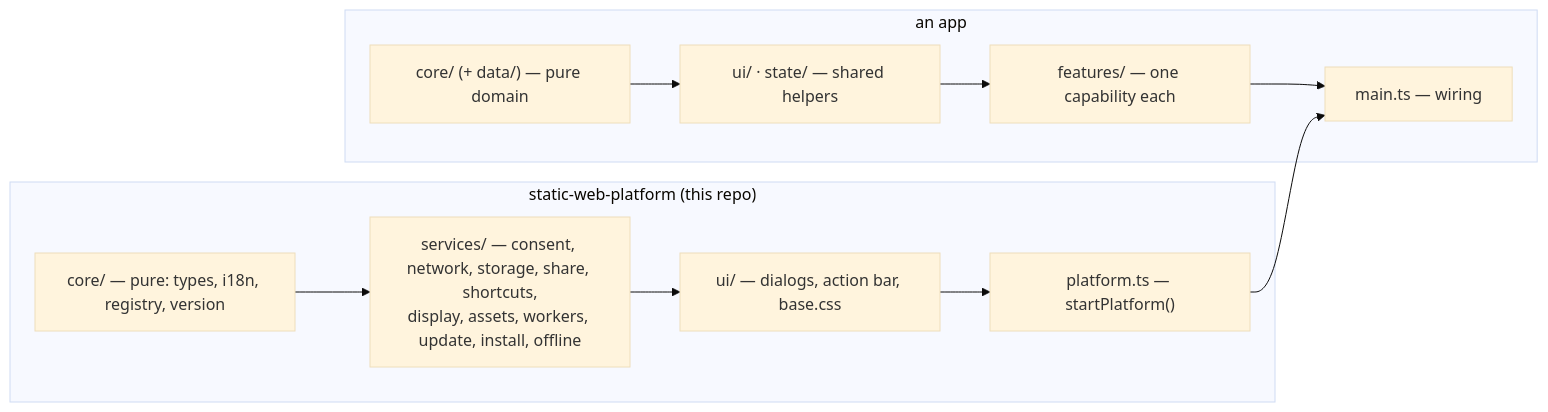
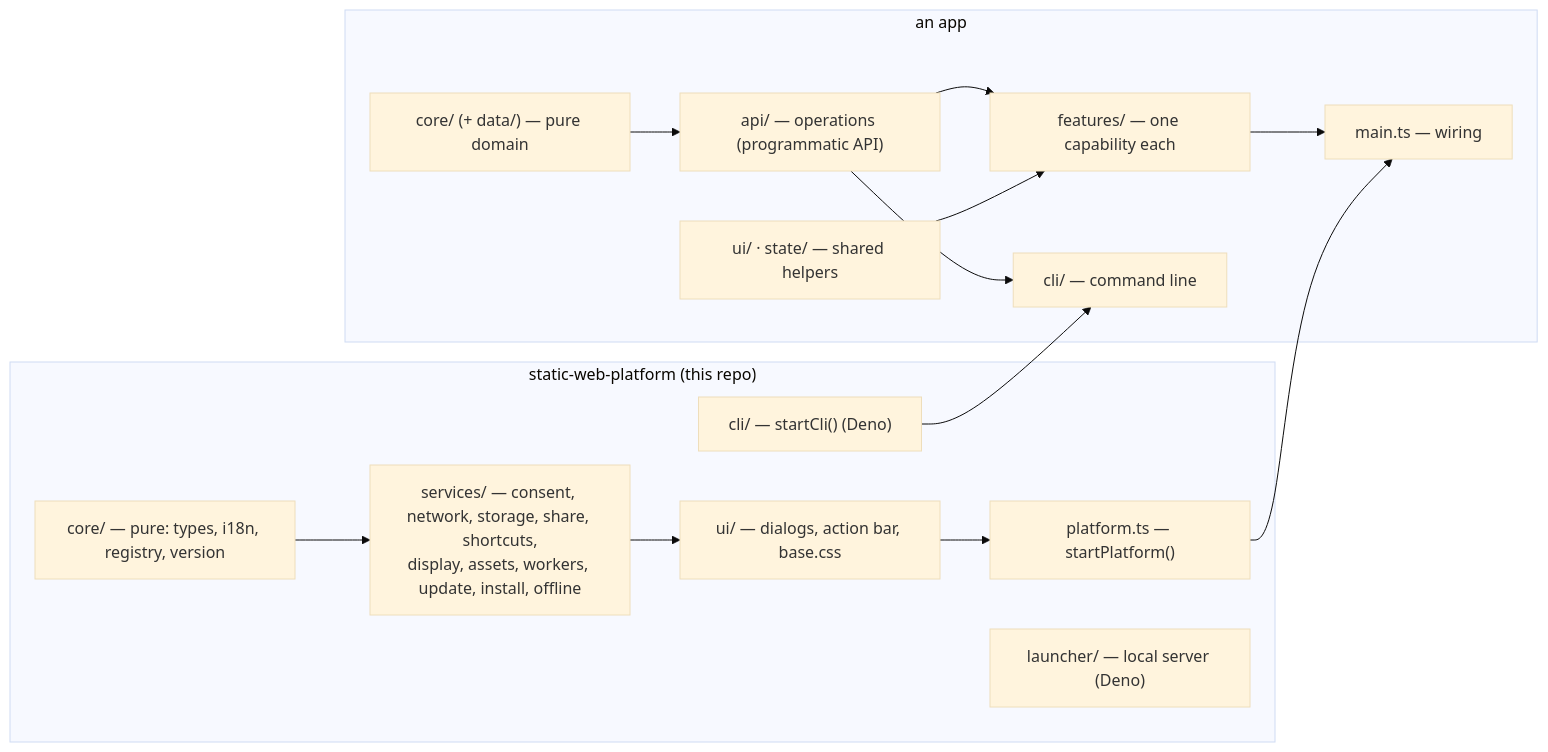
One commit to Ben0x0a/static-web-platform changed the diagram in README.md. Above: the diagram before and after it, drawn with Mermaid (base theme). The commit also changed other lines of this file and 38 other files, not shown here.

````diff
--- a/README.md
+++ b/README.md
@@ -25,18 +28,25 @@
 ```mermaid
 flowchart LR
   subgraph platform["static-web-platform (this repo)"]
     core["core/ — pure: types, i18n, registry, version"]
     services["services/ — consent, network, storage, share, shortcuts,<br/>display, assets, workers, update, install, offline"]
     ui["ui/ — dialogs, action bar, base.css"]
     entry["platform.ts — startPlatform()"]
+    pcli["cli/ — startCli() (Deno)"]
+    launcher["launcher/ — local server (Deno)"]
     core --> services --> ui --> entry
   end
   subgraph app["an app"]
     acore["core/ (+ data/) — pure domain"]
+    api["api/ — operations (programmatic API)"]
     shared["ui/ · state/ — shared helpers"]
     features["features/ — one capability each"]
     main["main.ts — wiring"]
-    acore --> shared --> features --> main
+    cli["cli/ — command line"]
+    acore --> api --> features --> main
+    shared --> features
+    api --> cli
   end
   entry --> main
+  pcli --> cli
 ```
````
